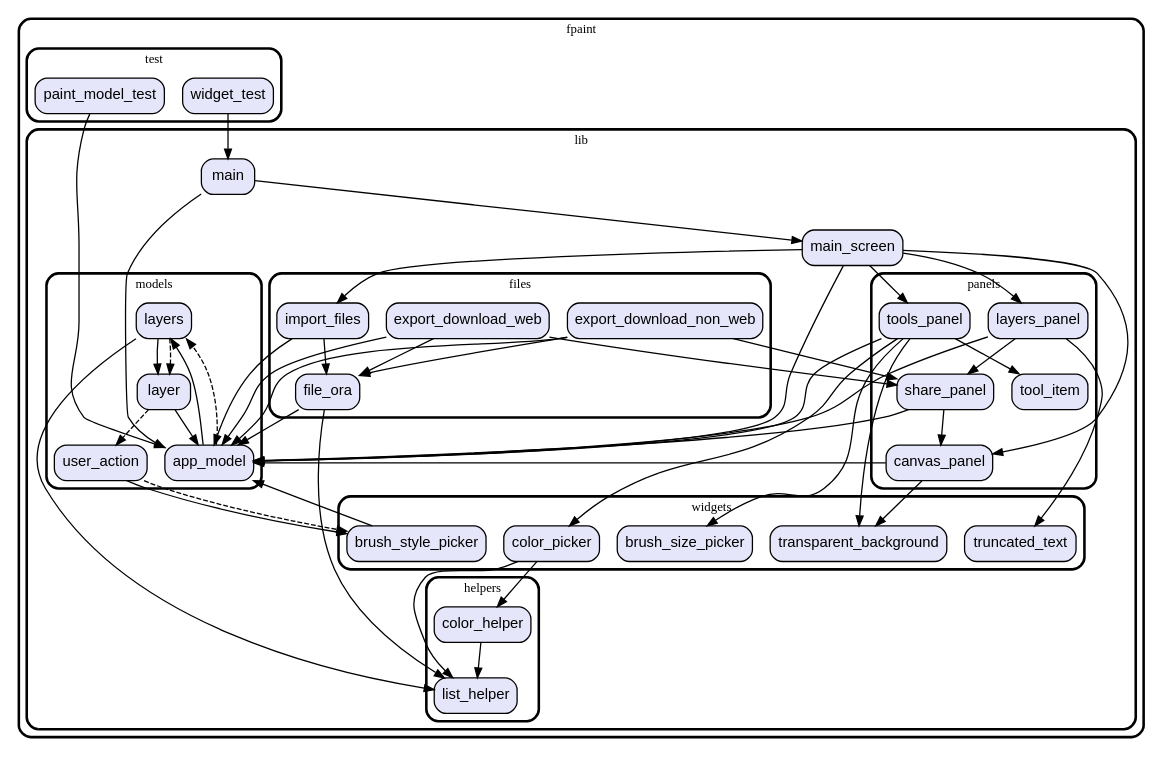
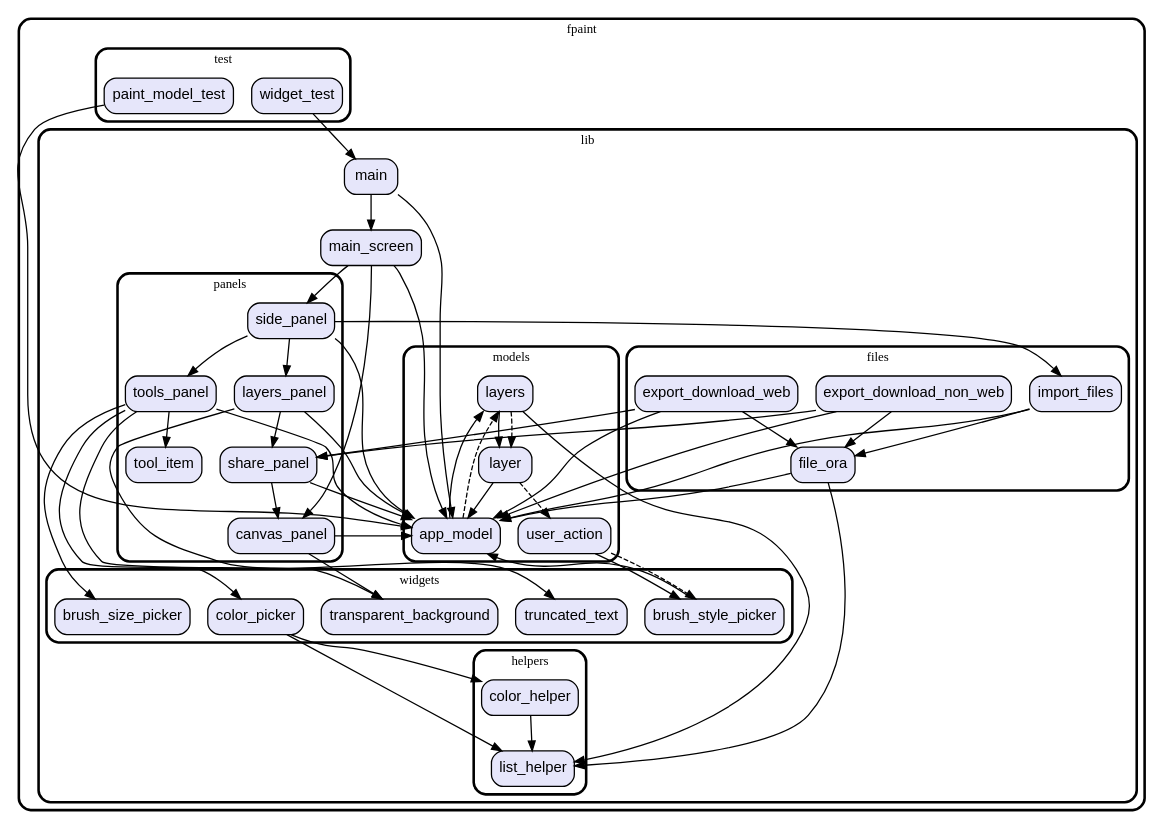
Before and after one commit to vteam-com/fPaint: the diagram in graph.dot, drawn with Graphviz. The commit also changed 3 other files, not shown here.

Commit message:
refactor SidePanel

```diff
--- a/graph.dot
+++ b/graph.dot
@@ -1,121 +1,125 @@
 digraph "" {
   graph [style=rounded fontname="Arial Black" fontsize=13 penwidth=2.6];
   node [shape=rect style="filled,rounded" fontname=Arial fontsize=15 fillcolor=Lavender penwidth=1.3];
   edge [penwidth=1.3];
   "/test/paint_model_test.dart" [label="paint_model_test"];
   "/test/widget_test.dart" [label="widget_test"];
   "/lib/panels/canvas_panel.dart" [label="canvas_panel"];
+  "/lib/panels/side_panel.dart" [label="side_panel"];
   "/lib/panels/tool_item.dart" [label="tool_item"];
   "/lib/panels/share_panel.dart" [label="share_panel"];
   "/lib/panels/tools_panel.dart" [label="tools_panel"];
   "/lib/panels/layers_panel.dart" [label="layers_panel"];
   "/lib/models/layers.dart" [label="layers"];
   "/lib/models/user_action.dart" [label="user_action"];
   "/lib/models/app_model.dart" [label="app_model"];
   "/lib/models/layer.dart" [label="layer"];
   "/lib/main.dart" [label="main"];
   "/lib/files/export_download_web.dart" [label="export_download_web"];
   "/lib/files/file_ora.dart" [label="file_ora"];
   "/lib/files/export_download_non_web.dart" [label="export_download_non_web"];
   "/lib/files/import_files.dart" [label="import_files"];
   "/lib/main_screen.dart" [label="main_screen"];
   "/lib/helpers/list_helper.dart" [label="list_helper"];
   "/lib/helpers/color_helper.dart" [label="color_helper"];
   "/lib/widgets/truncated_text.dart" [label="truncated_text"];
   "/lib/widgets/brush_size_picker.dart" [label="brush_size_picker"];
   "/lib/widgets/transparent_background.dart" [label="transparent_background"];
   "/lib/widgets/brush_style_picker.dart" [label="brush_style_picker"];
   "/lib/widgets/color_picker.dart" [label="color_picker"];
   subgraph "cluster~" {
     label="fpaint";
     subgraph "cluster~/test" {
       label="test";
       "/test/paint_model_test.dart";
       "/test/widget_test.dart";
     }
     subgraph "cluster~/lib" {
       label="lib";
       "/lib/main.dart";
       "/lib/main_screen.dart";
       subgraph "cluster~/lib/panels" {
         label="panels";
         "/lib/panels/canvas_panel.dart";
+        "/lib/panels/side_panel.dart";
         "/lib/panels/tool_item.dart";
         "/lib/panels/share_panel.dart";
         "/lib/panels/tools_panel.dart";
         "/lib/panels/layers_panel.dart";
       }
       subgraph "cluster~/lib/models" {
         label="models";
         "/lib/models/layers.dart";
         "/lib/models/user_action.dart";
         "/lib/models/app_model.dart";
         "/lib/models/layer.dart";
       }
       subgraph "cluster~/lib/files" {
         label="files";
         "/lib/files/export_download_web.dart";
         "/lib/files/file_ora.dart";
         "/lib/files/export_download_non_web.dart";
         "/lib/files/import_files.dart";
       }
       subgraph "cluster~/lib/helpers" {
         label="helpers";
         "/lib/helpers/list_helper.dart";
         "/lib/helpers/color_helper.dart";
       }
       subgraph "cluster~/lib/widgets" {
         label="widgets";
         "/lib/widgets/truncated_text.dart";
         "/lib/widgets/brush_size_picker.dart";
         "/lib/widgets/transparent_background.dart";
         "/lib/widgets/brush_style_picker.dart";
         "/lib/widgets/color_picker.dart";
       }
     }
   }
   "/test/paint_model_test.dart" -> "/lib/models/app_model.dart";
   "/test/widget_test.dart" -> "/lib/main.dart";
   "/lib/panels/canvas_panel.dart" -> "/lib/widgets/transparent_background.dart";
   "/lib/panels/canvas_panel.dart" -> "/lib/models/app_model.dart";
+  "/lib/panels/side_panel.dart" -> "/lib/files/import_files.dart";
+  "/lib/panels/side_panel.dart" -> "/lib/models/app_model.dart";
+  "/lib/panels/side_panel.dart" -> "/lib/panels/layers_panel.dart";
+  "/lib/panels/side_panel.dart" -> "/lib/panels/tools_panel.dart";
   "/lib/panels/share_panel.dart" -> "/lib/models/app_model.dart";
   "/lib/panels/share_panel.dart" -> "/lib/panels/canvas_panel.dart";
   "/lib/panels/tools_panel.dart" -> "/lib/models/app_model.dart";
   "/lib/panels/tools_panel.dart" -> "/lib/panels/tool_item.dart";
   "/lib/panels/tools_panel.dart" -> "/lib/widgets/brush_size_picker.dart";
   "/lib/panels/tools_panel.dart" -> "/lib/widgets/color_picker.dart";
   "/lib/panels/tools_panel.dart" -> "/lib/widgets/transparent_background.dart";
   "/lib/panels/layers_panel.dart" -> "/lib/models/app_model.dart";
   "/lib/panels/layers_panel.dart" -> "/lib/panels/share_panel.dart";
   "/lib/panels/layers_panel.dart" -> "/lib/widgets/truncated_text.dart";
   "/lib/models/layers.dart" -> "/lib/helpers/list_helper.dart";
   "/lib/models/layers.dart" -> "/lib/models/layer.dart";
   "/lib/models/layers.dart" -> "/lib/models/layer.dart" [style=dashed];
   "/lib/models/user_action.dart" -> "/lib/widgets/brush_style_picker.dart";
   "/lib/models/user_action.dart" -> "/lib/widgets/brush_style_picker.dart" [style=dashed];
   "/lib/models/app_model.dart" -> "/lib/models/layers.dart";
   "/lib/models/app_model.dart" -> "/lib/models/layers.dart" [style=dashed];
   "/lib/models/layer.dart" -> "/lib/models/app_model.dart";
   "/lib/models/layer.dart" -> "/lib/models/user_action.dart" [style=dashed];
   "/lib/main.dart" -> "/lib/main_screen.dart";
   "/lib/main.dart" -> "/lib/models/app_model.dart";
   "/lib/files/export_download_web.dart" -> "/lib/files/file_ora.dart";
   "/lib/files/export_download_web.dart" -> "/lib/models/app_model.dart";
   "/lib/files/export_download_web.dart" -> "/lib/panels/share_panel.dart";
   "/lib/files/file_ora.dart" -> "/lib/helpers/list_helper.dart";
   "/lib/files/file_ora.dart" -> "/lib/models/app_model.dart";
   "/lib/files/export_download_non_web.dart" -> "/lib/files/file_ora.dart";
   "/lib/files/export_download_non_web.dart" -> "/lib/models/app_model.dart";
   "/lib/files/export_download_non_web.dart" -> "/lib/panels/share_panel.dart";
   "/lib/files/import_files.dart" -> "/lib/files/file_ora.dart";
   "/lib/files/import_files.dart" -> "/lib/models/app_model.dart";
-  "/lib/main_screen.dart" -> "/lib/files/import_files.dart";
   "/lib/main_screen.dart" -> "/lib/panels/canvas_panel.dart";
-  "/lib/main_screen.dart" -> "/lib/panels/layers_panel.dart";
-  "/lib/main_screen.dart" -> "/lib/panels/tools_panel.dart";
+  "/lib/main_screen.dart" -> "/lib/panels/side_panel.dart";
   "/lib/main_screen.dart" -> "/lib/models/app_model.dart";
   "/lib/helpers/color_helper.dart" -> "/lib/helpers/list_helper.dart";
   "/lib/widgets/brush_style_picker.dart" -> "/lib/models/app_model.dart";
   "/lib/widgets/color_picker.dart" -> "/lib/helpers/color_helper.dart";
   "/lib/widgets/color_picker.dart" -> "/lib/helpers/list_helper.dart";
 }
```
